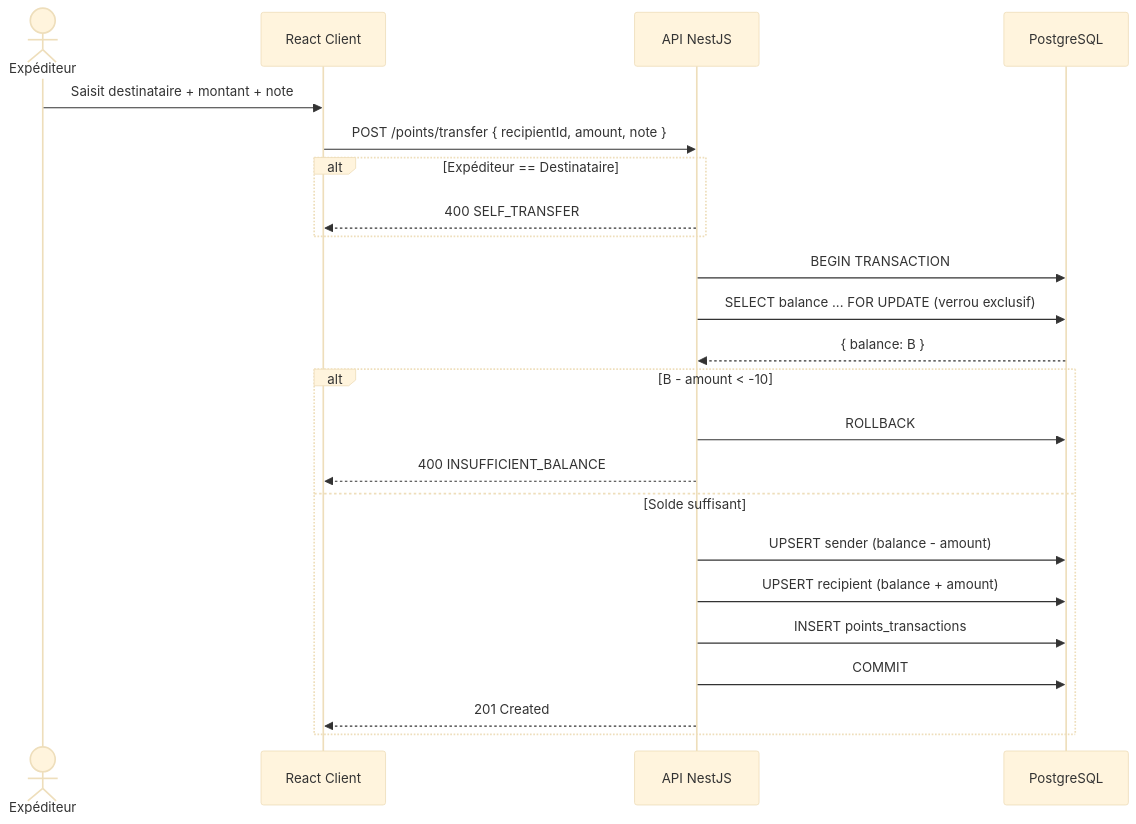
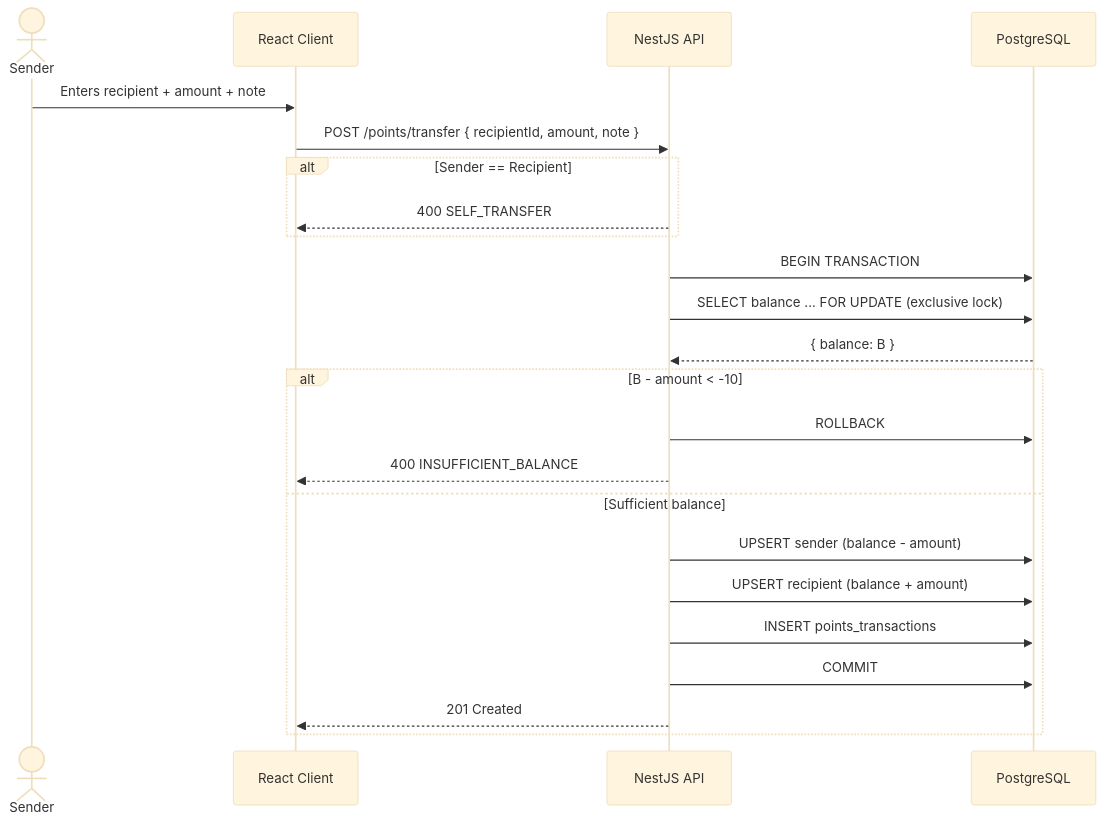
One commit to creibaud/QuartierConnect changed the second of 20 diagrams in docs/RAPPORT-ETAPE3.md. Above: the diagram before and after it, drawn with Mermaid (base theme). The commit also changed other lines of this file and 155 other files, not shown here.

````diff
--- a/docs/RAPPORT-ETAPE3.md
+++ b/docs/RAPPORT-ETAPE3.md
@@ -122,29 +122,29 @@
 ```mermaid
 sequenceDiagram
-    actor E as Expéditeur
+    actor E as Sender
     participant C as React Client
-    participant A as API NestJS
+    participant A as NestJS API
     participant PG as PostgreSQL
 
-    E->>C: Saisit destinataire + montant + note
+    E->>C: Enters recipient + amount + note
     C->>A: POST /points/transfer { recipientId, amount, note }
 
-    alt Expéditeur == Destinataire
+    alt Sender == Recipient
         A-->>C: 400 SELF_TRANSFER
     end
 
     A->>PG: BEGIN TRANSACTION
-    A->>PG: SELECT balance ... FOR UPDATE (verrou exclusif)
+    A->>PG: SELECT balance ... FOR UPDATE (exclusive lock)
     PG-->>A: { balance: B }
 
     alt B - amount < -10
         A->>PG: ROLLBACK
         A-->>C: 400 INSUFFICIENT_BALANCE
-    else Solde suffisant
+    else Sufficient balance
         A->>PG: UPSERT sender (balance - amount)
         A->>PG: UPSERT recipient (balance + amount)
         A->>PG: INSERT points_transactions
         A->>PG: COMMIT
         A-->>C: 201 Created
     end
 ```
````
